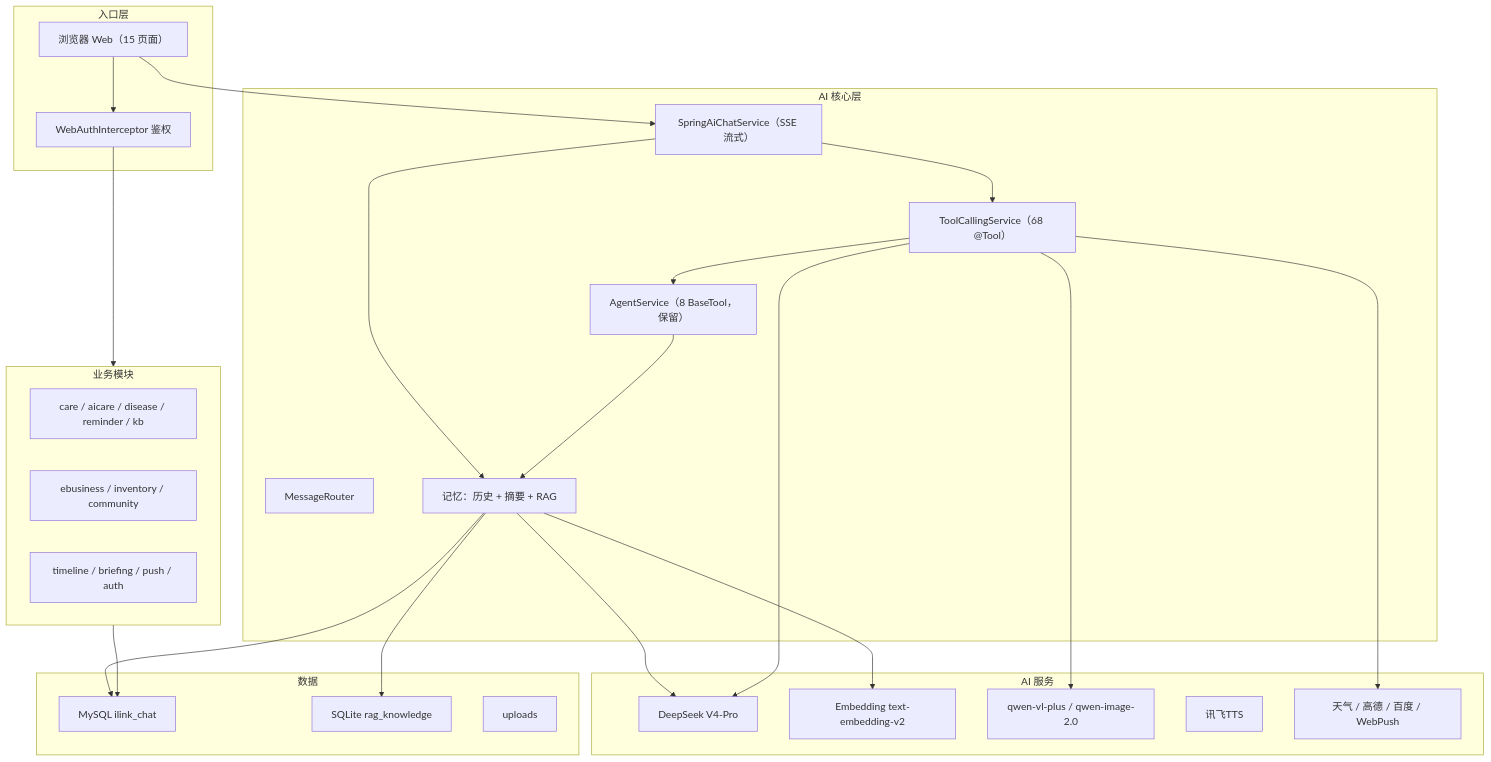
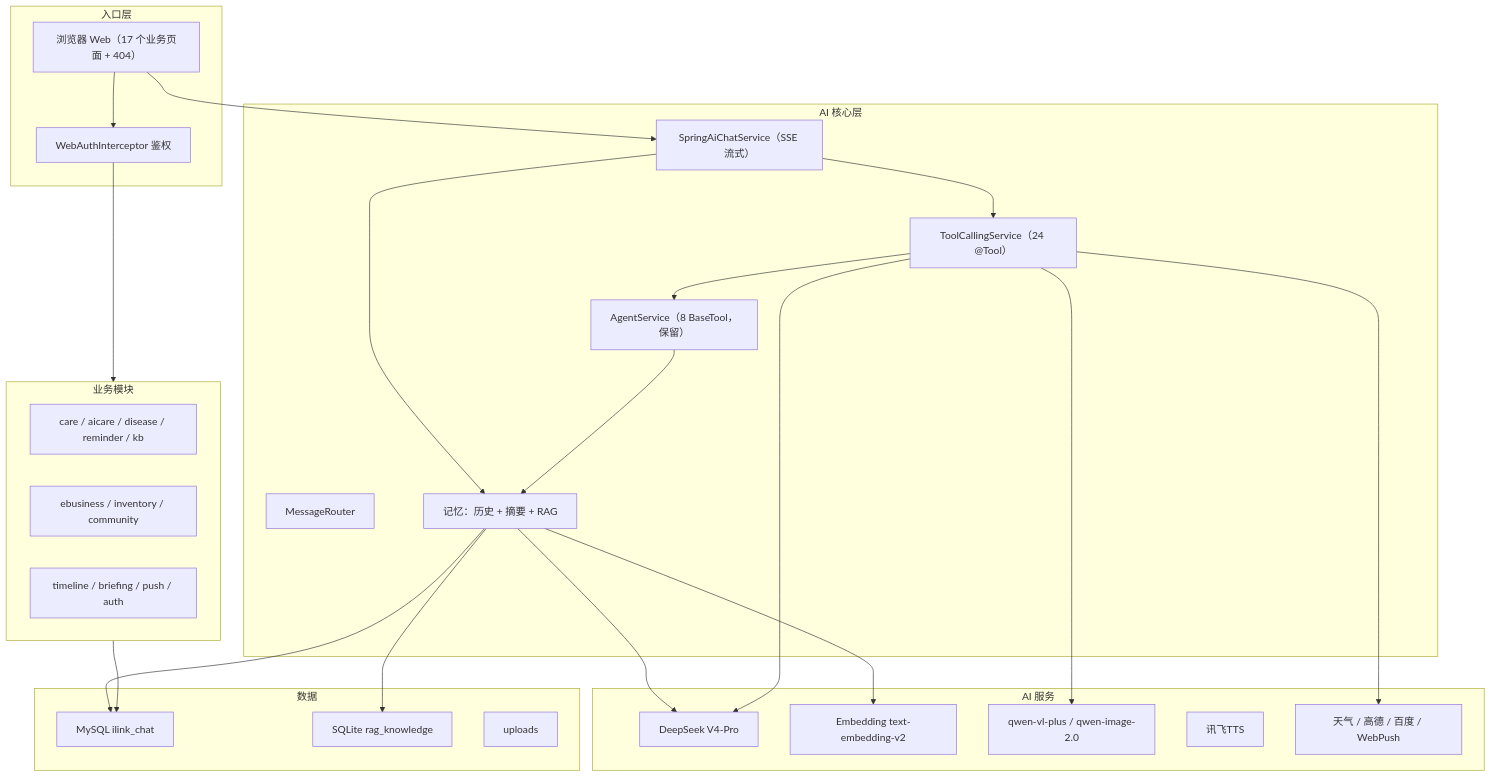
One commit to 8750shuangyue/WECHATILINK changed the first of 2 diagrams in 落地文档/项目知识文档.md. Above: the diagram before and after it, drawn with Mermaid. The commit also changed other lines of this file and 32 other files, not shown here.

````diff
--- a/落地文档/项目知识文档.md
+++ b/落地文档/项目知识文档.md
@@ -96,46 +97,46 @@
 ```mermaid
 flowchart TB
     subgraph E["入口层"]
-        WEB["浏览器 Web（15 页面）"]
+        WEB["浏览器 Web（17 个业务页面 + 404）"]
         AUTH["WebAuthInterceptor 鉴权"]
     end
     subgraph C["AI 核心层"]
         SAI["SpringAiChatService（SSE 流式）"]
-        TCS["ToolCallingService（68 @Tool）"]
+        TCS["ToolCallingService（24 @Tool）"]
         AGENT["AgentService（8 BaseTool，保留）"]
         ROUTER["MessageRouter"]
         MEM["记忆：历史 + 摘要 + RAG"]
     end
     subgraph B["业务模块"]
         B1["care / aicare / disease / reminder / kb"]
         B2["ebusiness / inventory / community"]
         B3["timeline / briefing / push / auth"]
     end
     subgraph AI["AI 服务"]
         A1["DeepSeek V4-Pro"]
         A2["Embedding text-embedding-v2"]
         A3["qwen-vl-plus / qwen-image-2.0"]
         A4["讯飞TTS"]
         A5["天气 / 高德 / 百度 / WebPush"]
     end
     subgraph D["数据"]
         D1["MySQL ilink_chat"]
         D2["SQLite rag_knowledge"]
         D3["uploads"]
     end
     WEB --> AUTH
     WEB --> SAI
     AUTH --> B
     SAI --> TCS
     SAI --> MEM
     TCS --> AGENT
     AGENT --> MEM
     MEM --> A1
     MEM --> A2
     B --> D1
     MEM --> D1
     MEM --> D2
     TCS --> A1
     TCS --> A3
     TCS --> A5
 ```
````
